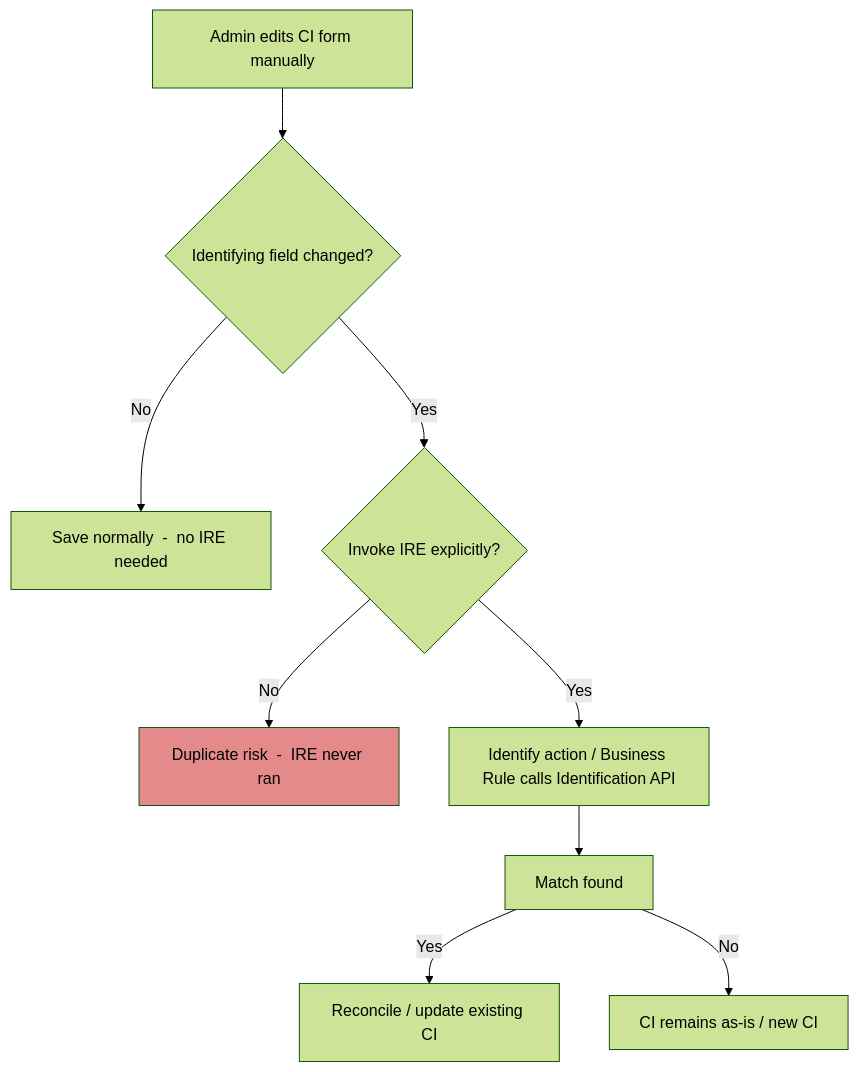
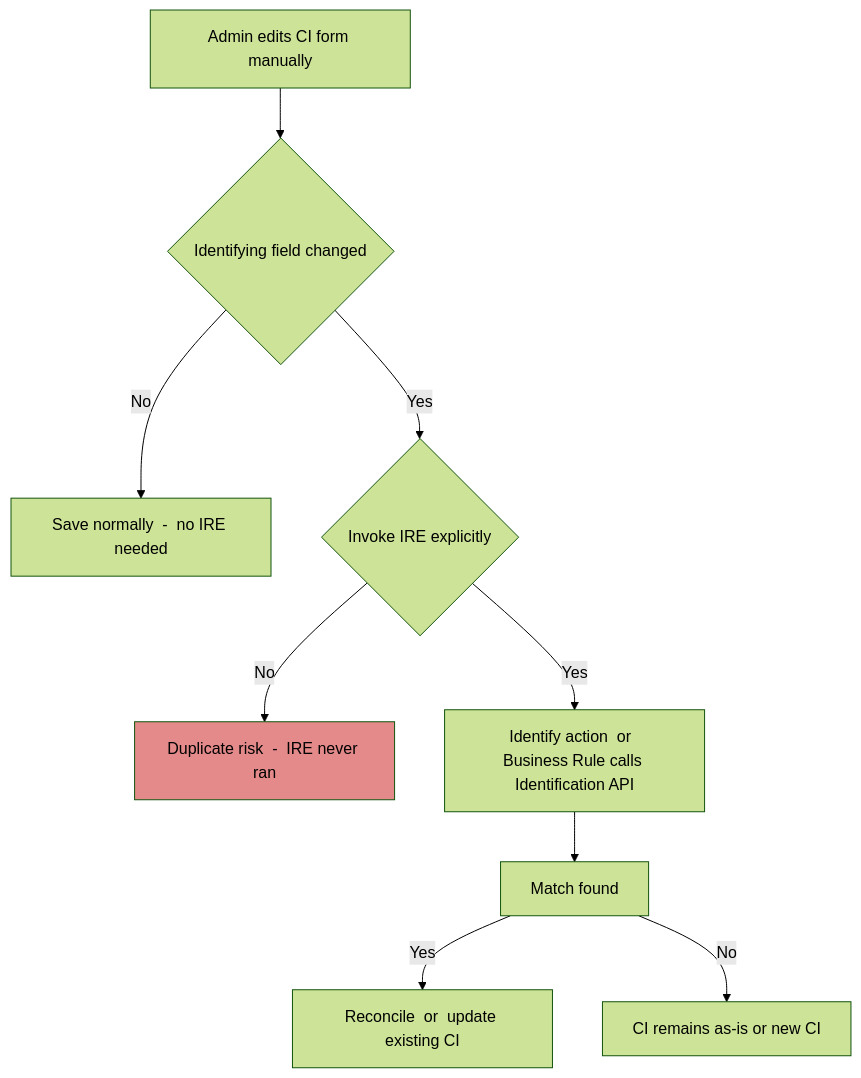
Before and after one commit to eltonaguiar/ServiceNow_Learning_TSOM-_CSM_FSM_SalesCRM_HAM_ITSM: diagram 17 of 22 in docs/modules/cmdb/cmdb-guide.md, drawn with Mermaid (forest theme). The commit also changed other lines of this file and 19 other files, not shown here.

First line of the commit message:
Fix Mermaid diagram syntax errors - replace problematic chars in text content only

````diff
--- a/docs/modules/cmdb/cmdb-guide.md
+++ b/docs/modules/cmdb/cmdb-guide.md
@@ -2115,13 +2115,13 @@
 ```mermaid
 flowchart TD
-    A[Admin edits CI form manually] --> B{Identifying field changed?}
+    A[Admin edits CI form manually] --> B{Identifying field changed}
     B -->|No| C[Save normally  -  no IRE needed]
-    B -->|Yes| D{Invoke IRE explicitly?}
+    B -->|Yes| D{Invoke IRE explicitly}
     D -->|No| E[Duplicate risk  -  IRE never ran]
-    D -->|Yes| F[Identify action / Business Rule calls Identification API]
+    D -->|Yes| F[Identify action  or  Business Rule calls Identification API]
     F --> G[Match found]
-    G -->|Yes| H[Reconcile / update existing CI]
-    G -->|No| I[CI remains as-is / new CI]
+    G -->|Yes| H[Reconcile  or  update existing CI]
+    G -->|No| I[CI remains as-is  or  new CI]
     style E fill:#e58a8a,color:#000
 
 ```
````
